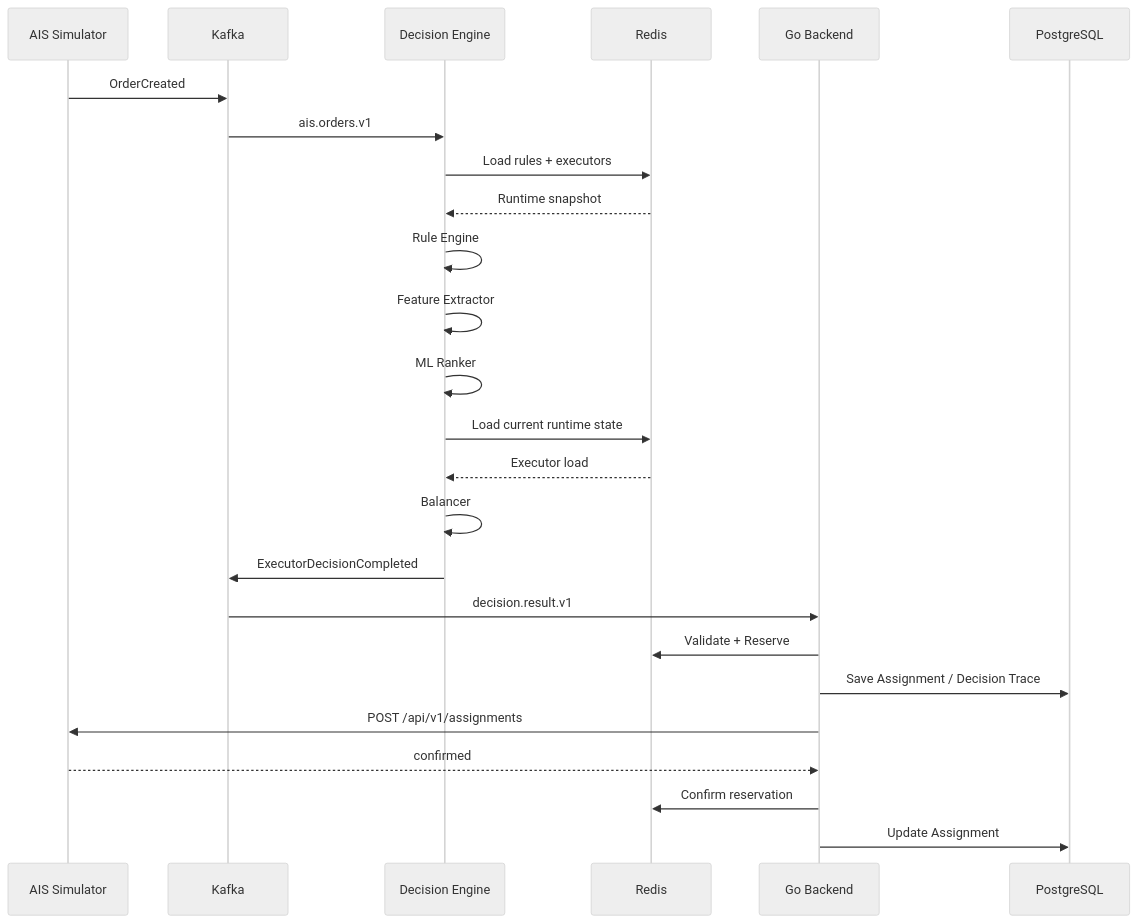
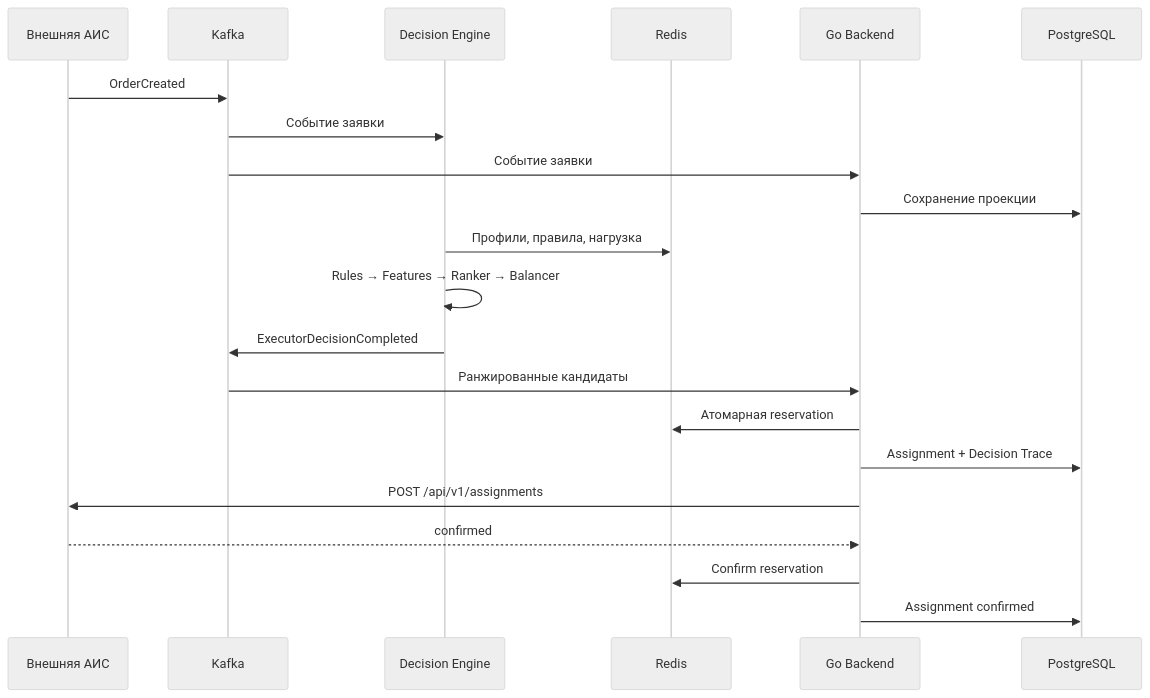
The third of 3 diagrams in README.md (NikitaKovalenko111/request-ranging), drawn with Mermaid (neutral theme) before and after one commit. The commit also changed other lines of this file and 1 other file, not shown here.

````diff
--- a/README.md
+++ b/README.md
@@ -453,39 +162,24 @@
 ```mermaid
 sequenceDiagram
-    participant AIS as AIS Simulator
-    participant Kafka as Kafka
+    participant AIS as Внешняя АИС
+    participant K as Kafka
     participant DE as Decision Engine
-    participant Redis as Redis
-    participant Go as Go Backend
-    participant DB as PostgreSQL
+    participant R as Redis
+    participant BE as Go Backend
+    participant PG as PostgreSQL
 
-    AIS->>Kafka: OrderCreated
-
-    Kafka->>DE: ais.orders.v1
-
-    DE->>Redis: Load rules + executors
-    Redis-->>DE: Runtime snapshot
-
-    DE->>DE: Rule Engine
-    DE->>DE: Feature Extractor
-    DE->>DE: ML Ranker
-
-    DE->>Redis: Load current runtime state
-    Redis-->>DE: Executor load
-
-    DE->>DE: Balancer
-
-    DE->>Kafka: ExecutorDecisionCompleted
-
-    Kafka->>Go: decision.result.v1
-
-    Go->>Redis: Validate + Reserve
-    Go->>DB: Save Assignment / Decision Trace
-
-    Go->>AIS: POST /api/v1/assignments
-
-    AIS-->>Go: confirmed
-
-    Go->>Redis: Confirm reservation
-    Go->>DB: Update Assignment
+    AIS->>K: OrderCreated
+    K->>DE: Событие заявки
+    K->>BE: Событие заявки
+    BE->>PG: Сохранение проекции
+    DE->>R: Профили, правила, нагрузка
+    DE->>DE: Rules → Features → Ranker → Balancer
+    DE->>K: ExecutorDecisionCompleted
+    K->>BE: Ранжированные кандидаты
+    BE->>R: Атомарная reservation
+    BE->>PG: Assignment + Decision Trace
+    BE->>AIS: POST /api/v1/assignments
+    AIS-->>BE: confirmed
+    BE->>R: Confirm reservation
+    BE->>PG: Assignment confirmed
 ```
````
